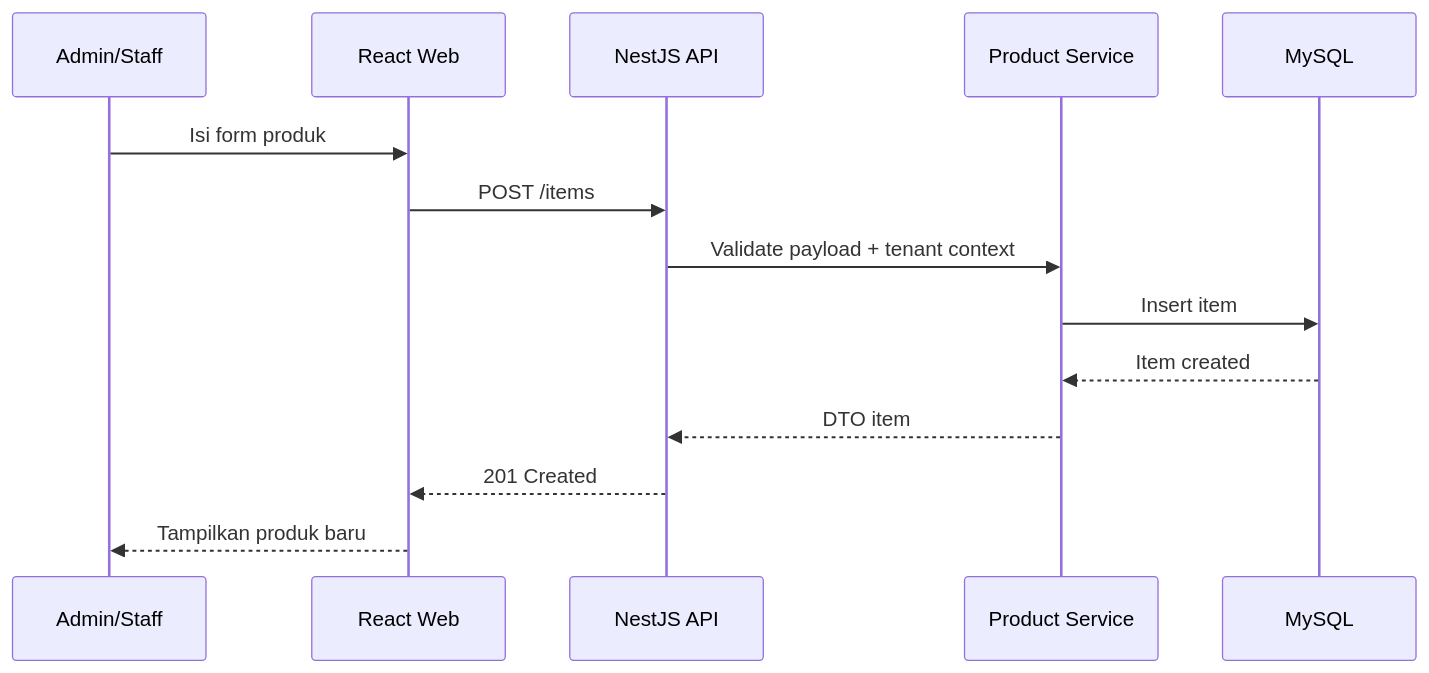
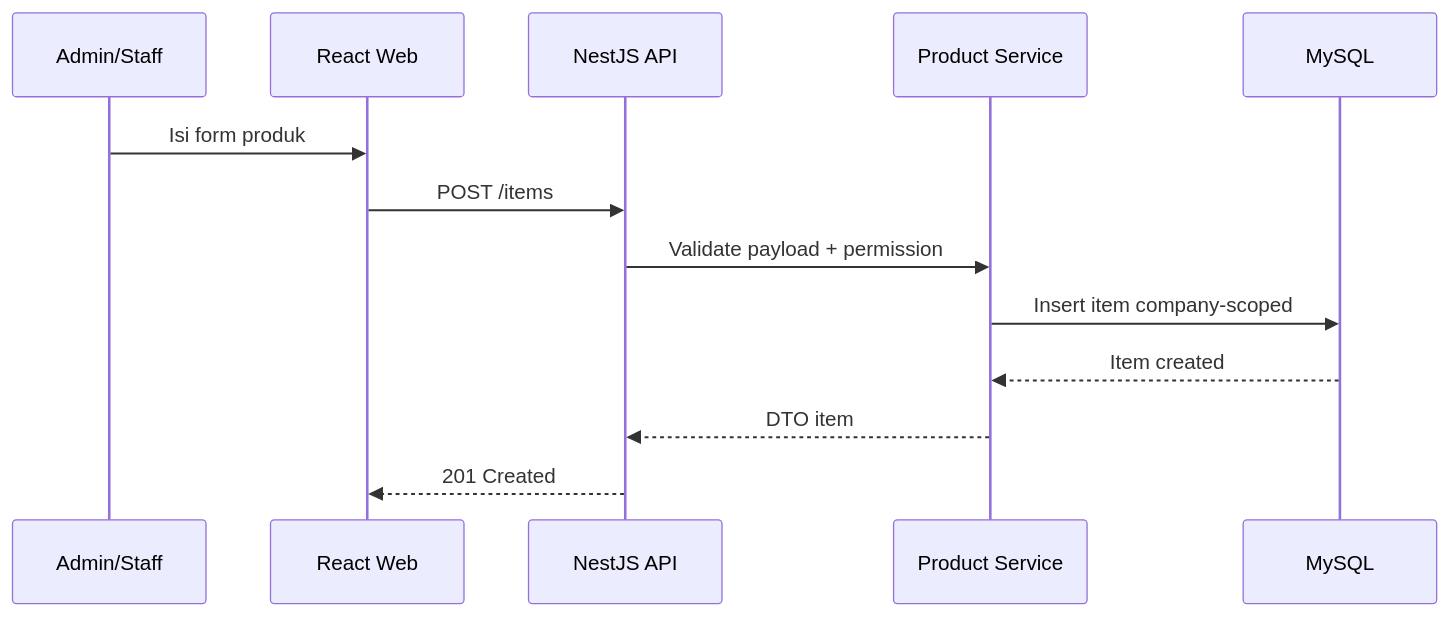
One commit to DimasPrasetio/mini-erp changed the second of 11 diagrams in SYSTEM_FLOW.md. Above: the diagram before and after it, drawn with Mermaid. The commit also changed other lines of this file and 10 other files, not shown here.

````diff
--- a/SYSTEM_FLOW.md
+++ b/SYSTEM_FLOW.md
@@ -61,17 +60,16 @@
 ```mermaid
 sequenceDiagram
     participant U as Admin/Staff
     participant W as React Web
     participant API as NestJS API
     participant S as Product Service
     participant DB as MySQL
 
     U->>W: Isi form produk
     W->>API: POST /items
-    API->>S: Validate payload + tenant context
-    S->>DB: Insert item
+    API->>S: Validate payload + permission
+    S->>DB: Insert item company-scoped
     DB-->>S: Item created
     S-->>API: DTO item
     API-->>W: 201 Created
-    W-->>U: Tampilkan produk baru
 ```
````
